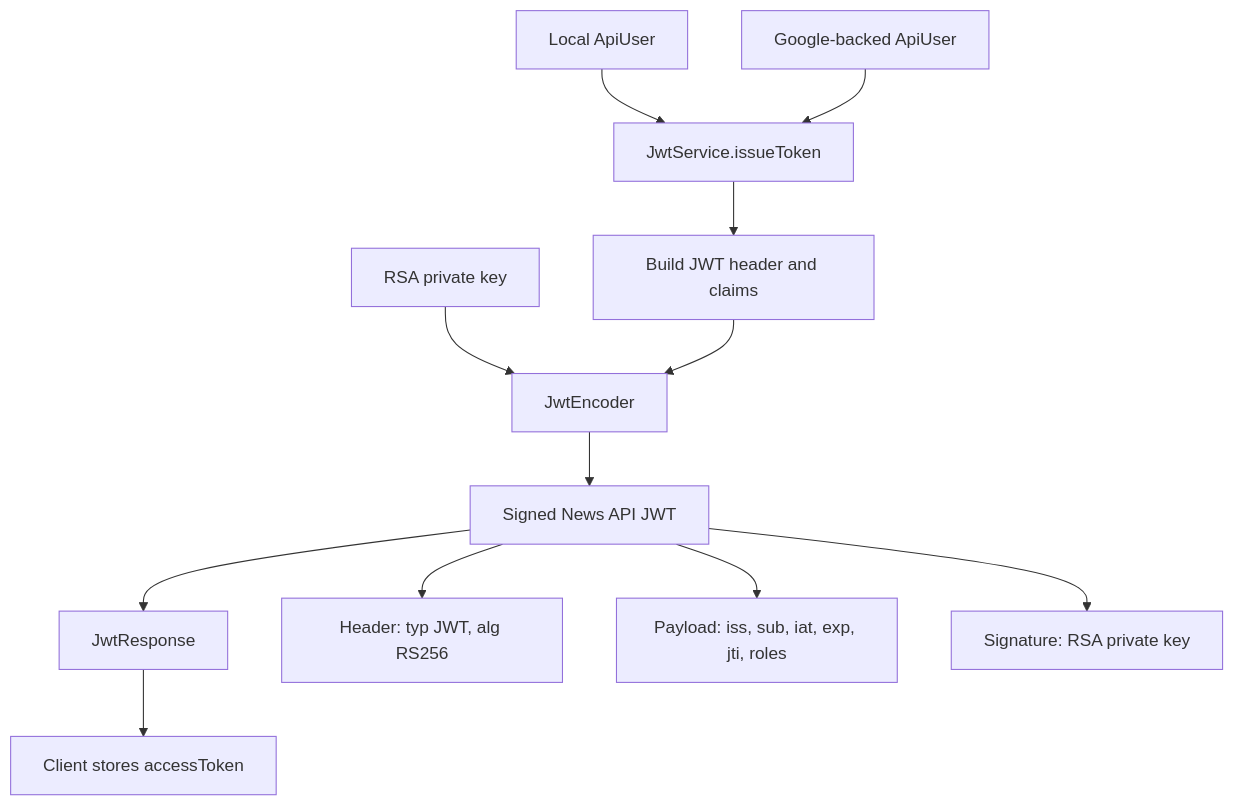
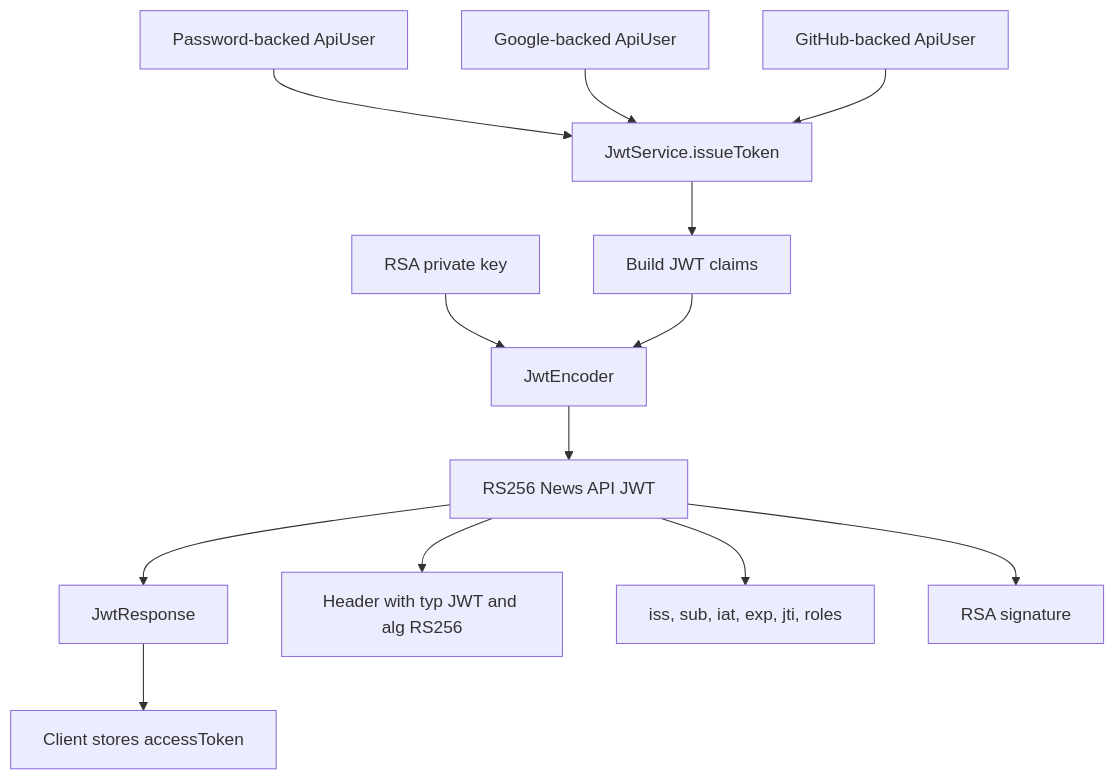
The seventh of 8 diagrams in docs/authentication-flow.md (predat-r/news-api), drawn with Mermaid before and after one commit. The commit also changed other lines of this file, not shown here.

Commit message:
docs(auth): update authentication flows and OAuth identity loading

````diff
--- a/docs/authentication-flow.md
+++ b/docs/authentication-flow.md
@@ -204,15 +403,16 @@
 ```mermaid
 flowchart TD
-    LocalUser[Local ApiUser] --> Issue[JwtService.issueToken]
+    LocalUser[Password-backed ApiUser] --> Issue[JwtService.issueToken]
     GoogleUser[Google-backed ApiUser] --> Issue
+    GitHubUser[GitHub-backed ApiUser] --> Issue
+    Issue --> Claims[Build JWT claims]
     PrivateKey[RSA private key] --> Encoder[JwtEncoder]
-    Issue --> Claims[Build JWT header and claims]
     Claims --> Encoder
-    Encoder --> Token[Signed News API JWT]
+    Encoder --> Token[RS256 News API JWT]
     Token --> Response[JwtResponse]
     Response --> Client[Client stores accessToken]
 
-    Token --> Header[Header: typ JWT, alg RS256]
-    Token --> Payload[Payload: iss, sub, iat, exp, jti, roles]
-    Token --> Signature[Signature: RSA private key]
+    Token --> Header[Header with typ JWT and alg RS256]
+    Token --> Payload[iss, sub, iat, exp, jti, roles]
+    Token --> Signature[RSA signature]
 ```
````
